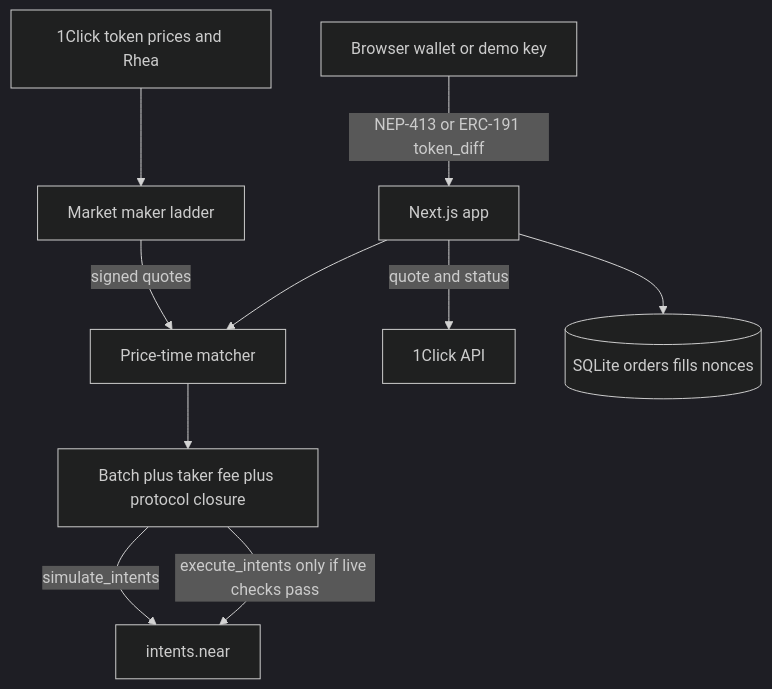
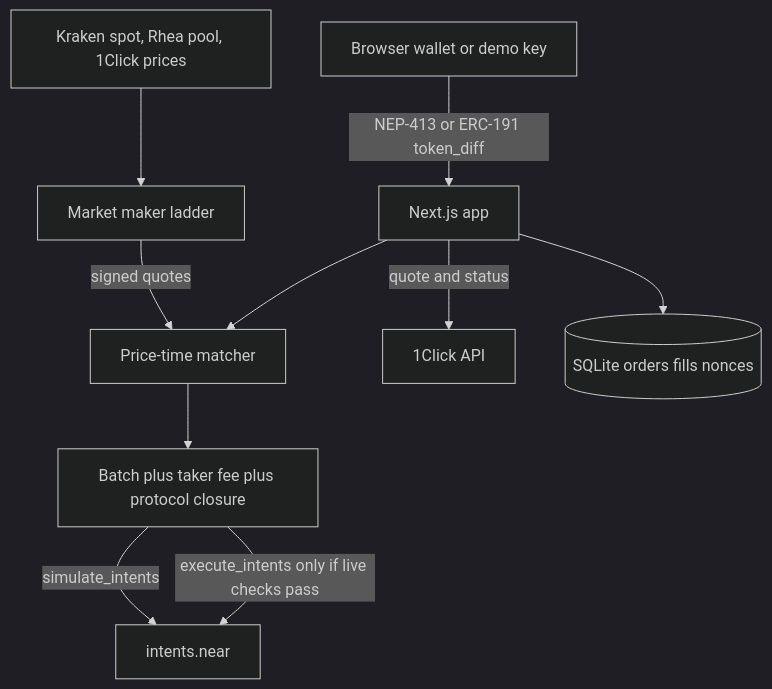
Before and after one commit to DEVELOPER0fDEFI/Intentbook: the diagram in README.md, drawn with Mermaid (dark theme). The commit also changed other lines of this file and 3 other files, not shown here.

First line of the commit message:
Follow Kraken's live spot price for BTC, ETH and SOL

````diff
--- a/README.md
+++ b/README.md
@@ -82,12 +82,12 @@
 ```mermaid
 flowchart TD
   U[Browser wallet or demo key] -->|NEP-413 or ERC-191 token_diff| W[Next.js app]
   W --> B[Price-time matcher]
   M[Market maker ladder] -->|signed quotes| B
-  P[1Click token prices and Rhea] --> M
+  P[Kraken spot, Rhea pool, 1Click prices] --> M
   B --> S[Batch plus taker fee plus protocol closure]
   S -->|simulate_intents| V[intents.near]
   S -->|execute_intents only if live checks pass| V
   W -->|quote and status| C[1Click API]
   W --> Q[(SQLite orders fills nonces)]
 ```
````
